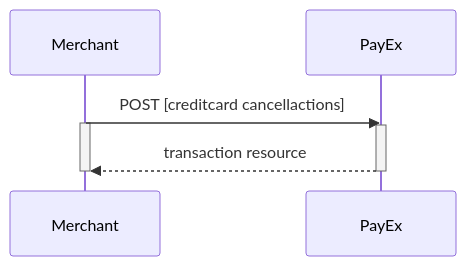
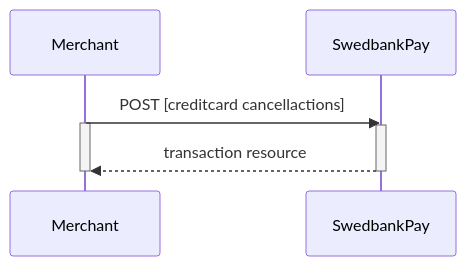
The second of 10 diagrams in payments/credit-card/after-payment.md (SwedbankPay/developer.swedbankpay.com), drawn with Mermaid before and after one commit. The commit also changed other lines of this file and 3 other files, not shown here.

````diff
--- a/payments/credit-card/after-payment.md
+++ b/payments/credit-card/after-payment.md
@@ -401,9 +401,9 @@
 ```mermaid
 sequenceDiagram
-  Merchant->>PayEx: POST [creditcard cancellactions]
+  Merchant->>SwedbankPay: POST [creditcard cancellactions]
   Activate Merchant
-  Activate PayEx
-  PayEx-->>Merchant: transaction resource
-  Deactivate PayEx
+  Activate SwedbankPay
+  SwedbankPay-->>Merchant: transaction resource
+  Deactivate SwedbankPay
   Deactivate Merchant
 ```
````
